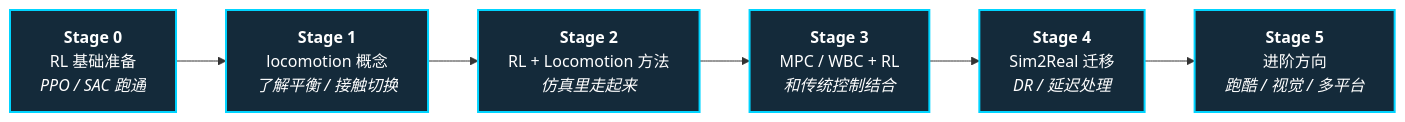
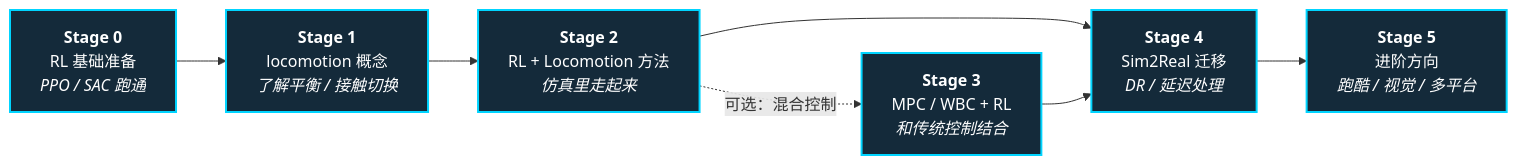
The diagram in roadmap/depth-rl-locomotion.md (ImChong/Robotics_Notebooks), drawn with Mermaid before and after one commit. The commit also changed other lines of this file and 20 other files, not shown here.

First line of the commit message:
docs(roadmap): 校正学习依赖与模型分类并补齐近期知识入口

````diff
--- a/roadmap/depth-rl-locomotion.md
+++ b/roadmap/depth-rl-locomotion.md
@@ -11,14 +11,16 @@
 ```mermaid
 flowchart LR
   S0["<b>Stage 0</b><br/>RL 基础准备<br/><em>PPO / SAC 跑通</em>"]
   S1["<b>Stage 1</b><br/>locomotion 概念<br/><em>了解平衡 / 接触切换</em>"]
   S2["<b>Stage 2</b><br/>RL + Locomotion 方法<br/><em>仿真里走起来</em>"]
   S3["<b>Stage 3</b><br/>MPC / WBC + RL<br/><em>和传统控制结合</em>"]
   S4["<b>Stage 4</b><br/>Sim2Real 迁移<br/><em>DR / 延迟处理</em>"]
   S5["<b>Stage 5</b><br/>进阶方向<br/><em>跑酷 / 视觉 / 多平台</em>"]
 
-  S0 --> S1 --> S2 --> S3 --> S4 --> S5
+  S0 --> S1 --> S2 --> S4 --> S5
+  S2 -. "可选：混合控制" .-> S3
+  S3 --> S4
 
   classDef stage fill:#142a3a,stroke:#00d4ff,stroke-width:2px,color:#fff
   class S0,S1,S2,S3,S4,S5 stage
 ```
````
